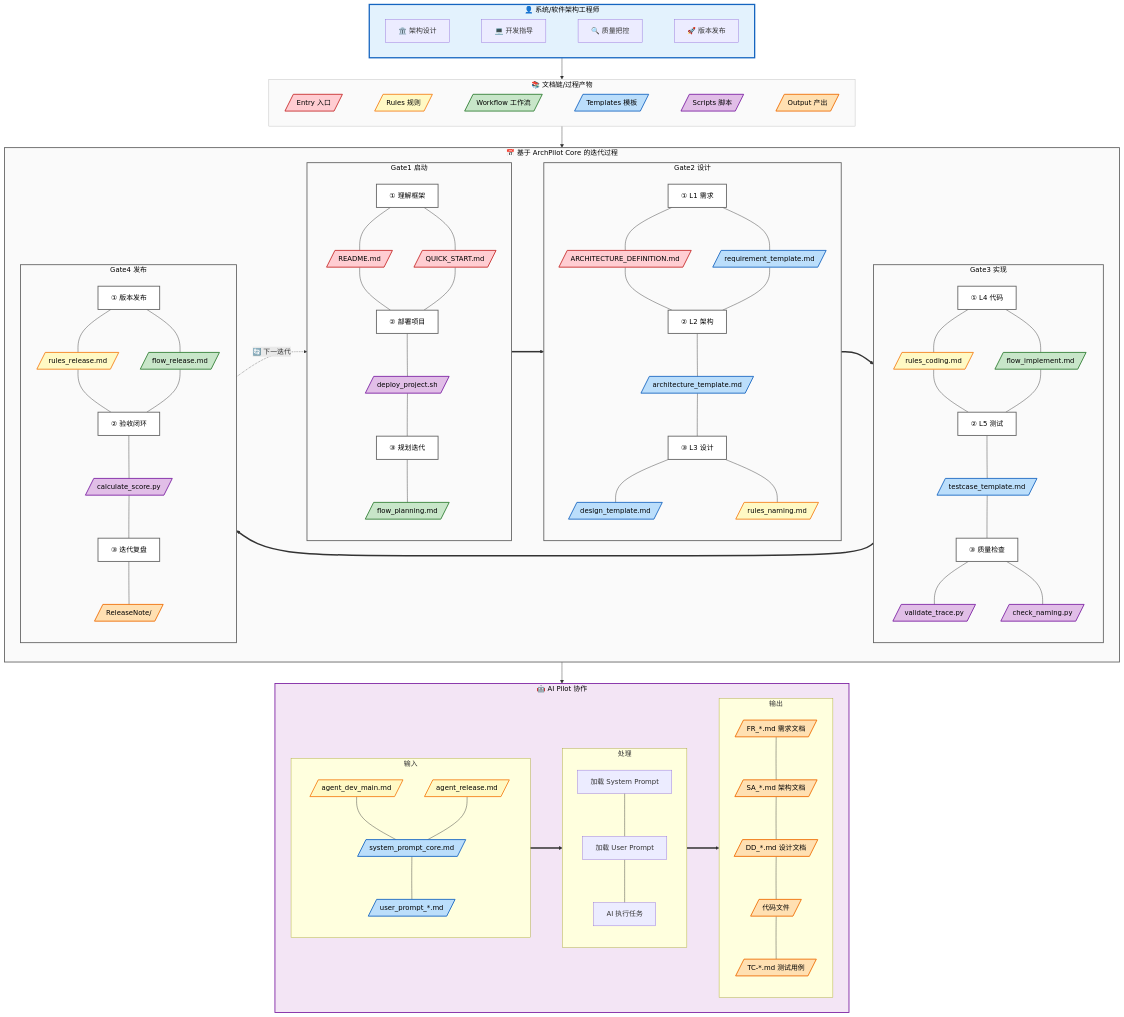
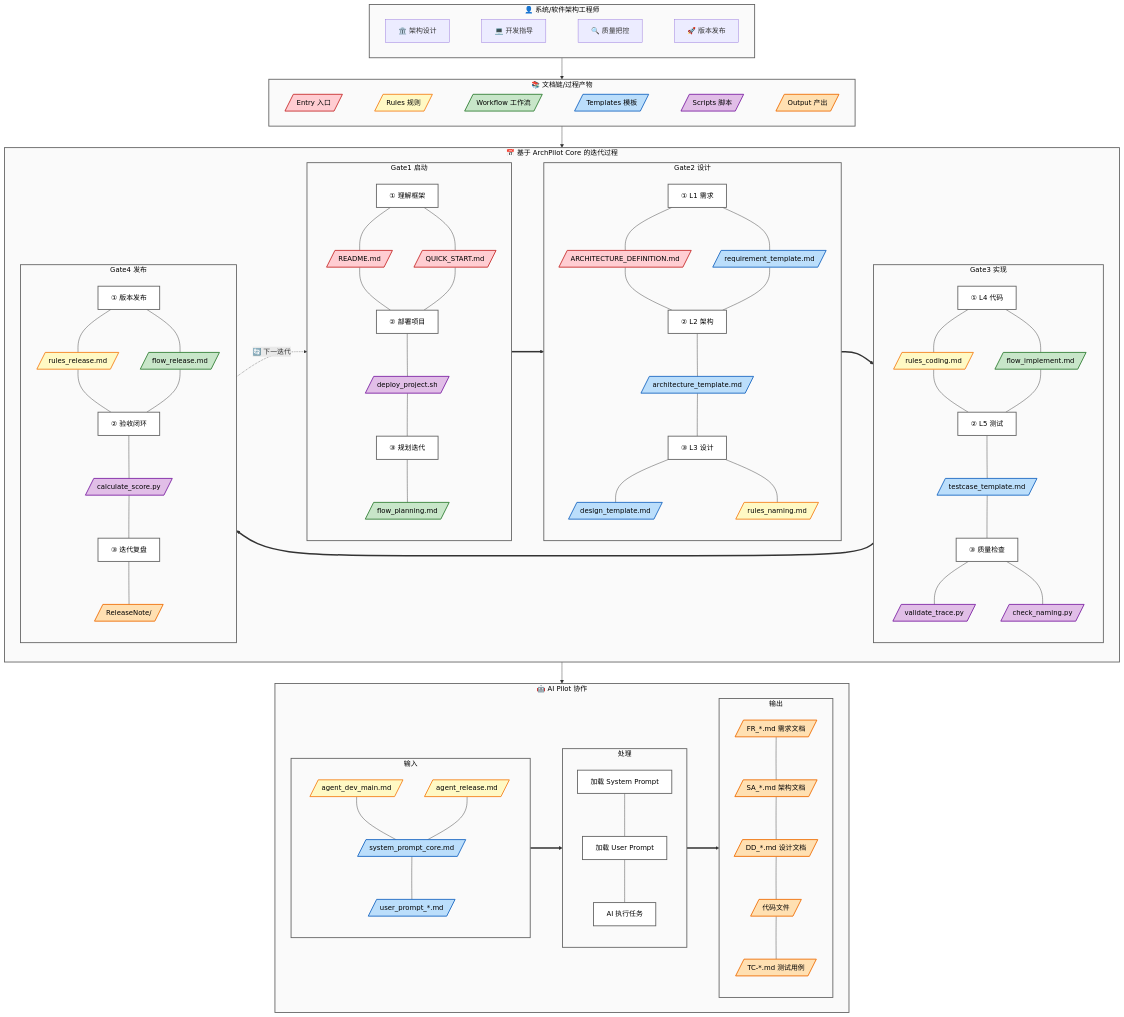
One commit to lukagithub/archpilot_core changed the diagram in Governance/PILOT_GLOBAL_FLOW.mmd. Above: the diagram before and after it, drawn with Mermaid. The commit also changed 1 other file, not shown here.

Commit message:
style: unify container background color across all subgraphs PILOT_GLOBAL_FLOW.mmd: - All subgraphs now use unified #fafafa background - Colors reserved only for document nodes (Entry/Rules/Workflow/Templates/Scripts/Output) - Reduces visual clutter, improves readability rules_mermaid.md: - Add section 2.1: Container unified background color rule - Rename section 2.2: Document/artifact colors (6 types) - Update section 2.3: New color principles - Move old color palette to section 2.4 (deprecated) Key principle: Container frames use neutral gray, colors only for document type identification

```diff
--- a/Governance/PILOT_GLOBAL_FLOW.mmd
+++ b/Governance/PILOT_GLOBAL_FLOW.mmd
@@ -1,198 +1,193 @@
 %% ========================================
 %% ArchPilot Core 全局 Pilot 流程图
 %% 角色：系统架构师 / 软件架构工程师
 %% 说明：展示如何使用整个工程的文档资产推进项目迭代
 %% ========================================
 
 flowchart TB
     %% ==================== 角色入口 ====================
     subgraph Role["👤 系统/软件架构工程师"]
         direction LR
         R1["🏛️ 架构设计"] ~~~ R2["💻 开发指导"] ~~~ R3["🔍 质量把控"] ~~~ R4["🚀 版本发布"]
     end
 
     %% ==================== 图例（文档维度颜色） ====================
     subgraph Legend["📚 文档链/过程产物"]
         direction LR
         L1[/"Entry 入口"/]
         L2[/"Rules 规则"/]
         L3[/"Workflow 工作流"/]
         L4[/"Templates 模板"/]
         L5[/"Scripts 脚本"/]
         L6[/"Output 产出"/]
         L1 ~~~ L2 ~~~ L3 ~~~ L4 ~~~ L5 ~~~ L6
     end
 
     %% ==================== Pilot 迭代周期（核心） ====================
     subgraph Phases["📅 基于 ArchPilot Core 的迭代过程"]
         direction LR
 
         subgraph P1["Gate1 启动"]
             direction TB
             P1_S["① 理解框架"]
             P1_D1[/"README.md"/]
             P1_D2[/"QUICK_START.md"/]
             P1_M["② 部署项目"]
             P1_D3[/"deploy_project.sh"/]
             P1_E["③ 规划迭代"]
             P1_D4[/"flow_planning.md"/]
             P1_S --- P1_D1 & P1_D2
             P1_D1 & P1_D2 --- P1_M
             P1_M --- P1_D3
             P1_D3 --- P1_E
             P1_E --- P1_D4
         end
 
         subgraph P2["Gate2 设计"]
             direction TB
             P2_S["① L1 需求"]
             P2_D1[/"ARCHITECTURE_DEFINITION.md"/]
             P2_D2[/"requirement_template.md"/]
             P2_M["② L2 架构"]
             P2_D3[/"architecture_template.md"/]
             P2_E["③ L3 设计"]
             P2_D4[/"design_template.md"/]
             P2_D5[/"rules_naming.md"/]
             P2_S --- P2_D1 & P2_D2
             P2_D1 & P2_D2 --- P2_M
             P2_M --- P2_D3
             P2_D3 --- P2_E
             P2_E --- P2_D4 & P2_D5
         end
 
         subgraph P3["Gate3 实现"]
             direction TB
             P3_S["① L4 代码"]
             P3_D1[/"rules_coding.md"/]
             P3_D2[/"flow_implement.md"/]
             P3_M["② L5 测试"]
             P3_D3[/"testcase_template.md"/]
             P3_E["③ 质量检查"]
             P3_D4[/"validate_trace.py"/]
             P3_D5[/"check_naming.py"/]
             P3_S --- P3_D1 & P3_D2
             P3_D1 & P3_D2 --- P3_M
             P3_M --- P3_D3
             P3_D3 --- P3_E
             P3_E --- P3_D4 & P3_D5
         end
 
         subgraph P4["Gate4 发布"]
             direction TB
             P4_S["① 版本发布"]
             P4_D1[/"rules_release.md"/]
             P4_D2[/"flow_release.md"/]
             P4_M["② 验收闭环"]
             P4_D3[/"calculate_score.py"/]
             P4_E["③ 迭代复盘"]
             P4_D4[/"ReleaseNote/"/]
             P4_S --- P4_D1 & P4_D2
             P4_D1 & P4_D2 --- P4_M
             P4_M --- P4_D3
             P4_D3 --- P4_E
             P4_E --- P4_D4
         end
 
         P1 ==> P2 ==> P3 ==> P4
     end
 
     %% 迭代闭环
     P4 -.->|🔄 下一迭代| P1
 
     %% ==================== AI Pilot 协作（底部） ====================
     subgraph AI_Pilot["🤖 AI Pilot 协作"]
         direction LR
 
         subgraph AI_IN["输入"]
             direction TB
             AI_D1[/"agent_dev_main.md"/]
             AI_D2[/"agent_release.md"/]
             AI_D3[/"system_prompt_core.md"/]
             AI_D4[/"user_prompt_*.md"/]
             AI_D1 & AI_D2 --- AI_D3
             AI_D3 --- AI_D4
         end
 
         subgraph AI_PROC["处理"]
             direction TB
             AI_P1["加载 System Prompt"]
             AI_P2["加载 User Prompt"]
             AI_P3["AI 执行任务"]
             AI_P1 --- AI_P2 --- AI_P3
         end
 
         subgraph AI_OUT["输出"]
             direction TB
             AI_O1[/"FR_*.md 需求文档"/]
             AI_O2[/"SA_*.md 架构文档"/]
             AI_O3[/"DD_*.md 设计文档"/]
             AI_O4[/"代码文件"/]
             AI_O5[/"TC-*.md 测试用例"/]
             AI_O1 --- AI_O2 --- AI_O3 --- AI_O4 --- AI_O5
         end
 
         AI_IN ==> AI_PROC ==> AI_OUT
     end
 
     %% ==================== 层级连接 ====================
     Role --> Legend
     Legend --> Phases
     Phases --> AI_Pilot
 
     %% ==================== 样式定义 ====================
-    %% 框架样式
-    classDef roleStyle fill:#e3f2fd,stroke:#1565c0,stroke-width:3px,color:#000
-    classDef phaseStyle fill:#fafafa,stroke:#616161,stroke-width:2px,color:#000
-    classDef aiStyle fill:#f3e5f5,stroke:#7b1fa2,stroke-width:2px,color:#000
-    classDef legendStyle fill:#fafafa,stroke:#bdbdbd,stroke-width:1px,color:#000
+    %% 框架样式（所有大框统一背景色）
+    classDef frameStyle fill:#fafafa,stroke:#616161,stroke-width:2px,color:#000
     classDef stepStyle fill:#fff,stroke:#616161,stroke-width:2px,color:#000
 
-    %% 文档维度颜色
+    %% 文档维度颜色（仅用于文档节点）
     classDef entryStyle fill:#ffcdd2,stroke:#c62828,stroke-width:2px,color:#000
     classDef ruleStyle fill:#fff9c4,stroke:#f57f17,stroke-width:2px,color:#000
     classDef workflowStyle fill:#c8e6c9,stroke:#2e7d32,stroke-width:2px,color:#000
     classDef tplStyle fill:#bbdefb,stroke:#1565c0,stroke-width:2px,color:#000
     classDef scriptStyle fill:#e1bee7,stroke:#7b1fa2,stroke-width:2px,color:#000
     classDef outputStyle fill:#ffe0b2,stroke:#ef6c00,stroke-width:2px,color:#000
 
-    %% 应用样式
-    class Role roleStyle
-    class Phases,P1,P2,P3,P4 phaseStyle
-    class AI_Pilot aiStyle
-    class Legend legendStyle
+    %% 应用样式 - 所有大框统一
+    class Role,Legend,Phases,P1,P2,P3,P4,AI_Pilot,AI_IN,AI_PROC,AI_OUT frameStyle
     class P1_S,P1_M,P1_E,P2_S,P2_M,P2_E,P3_S,P3_M,P3_E,P4_S,P4_M,P4_E stepStyle
+    class AI_P1,AI_P2,AI_P3 stepStyle
 
     %% 图例颜色
     class L1 entryStyle
     class L2 ruleStyle
     class L3 workflowStyle
     class L4 tplStyle
     class L5 scriptStyle
     class L6 outputStyle
 
     %% Gate1: Entry(红) + Scripts(紫) + Workflow(绿)
     class P1_D1,P1_D2 entryStyle
     class P1_D3 scriptStyle
     class P1_D4 workflowStyle
 
     %% Gate2: Entry(红) + Templates(蓝) + Rules(黄)
     class P2_D1 entryStyle
     class P2_D2,P2_D3,P2_D4 tplStyle
     class P2_D5 ruleStyle
 
     %% Gate3: Rules(黄) + Workflow(绿) + Templates(蓝) + Scripts(紫)
     class P3_D1 ruleStyle
     class P3_D2 workflowStyle
     class P3_D3 tplStyle
     class P3_D4,P3_D5 scriptStyle
 
     %% Gate4: Rules(黄) + Workflow(绿) + Scripts(紫) + Output(橙)
     class P4_D1 ruleStyle
     class P4_D2 workflowStyle
     class P4_D3 scriptStyle
     class P4_D4 outputStyle
 
     %% AI Pilot: 输入(Agents=规则色, Prompts=模板色) + 输出(产出色)
     class AI_D1,AI_D2 ruleStyle
     class AI_D3,AI_D4 tplStyle
     class AI_O1,AI_O2,AI_O3,AI_O4,AI_O5 outputStyle
```
